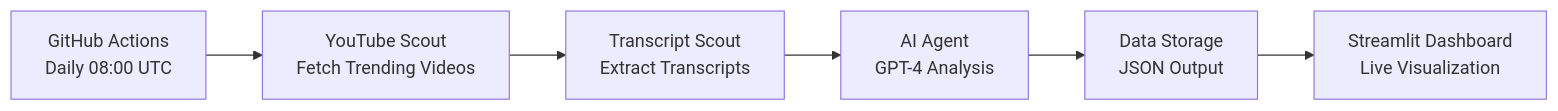
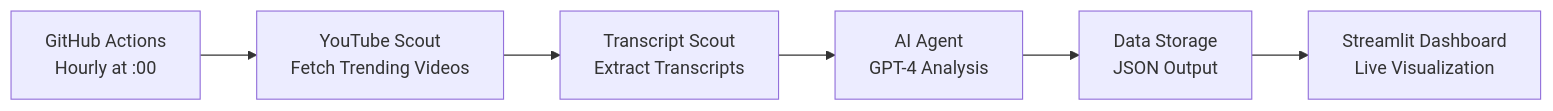
Before and after one commit to redsoukas/trends-agent: the diagram in README.md, drawn with Mermaid. The commit also changed other lines of this file and 1 other file, not shown here.

Commit message:
make the runs hourly

````diff
--- a/README.md
+++ b/README.md
@@ -38,8 +38,8 @@
 ```mermaid
 graph LR
-    A[GitHub Actions<br/>Daily 08:00 UTC] --> B[YouTube Scout<br/>Fetch Trending Videos]
+    A[GitHub Actions<br/>Hourly at :00] --> B[YouTube Scout<br/>Fetch Trending Videos]
     B --> C[Transcript Scout<br/>Extract Transcripts]
     C --> D[AI Agent<br/>GPT-4 Analysis]
     D --> E[Data Storage<br/>JSON Output]
     E --> F[Streamlit Dashboard<br/>Live Visualization]
 ```
````
